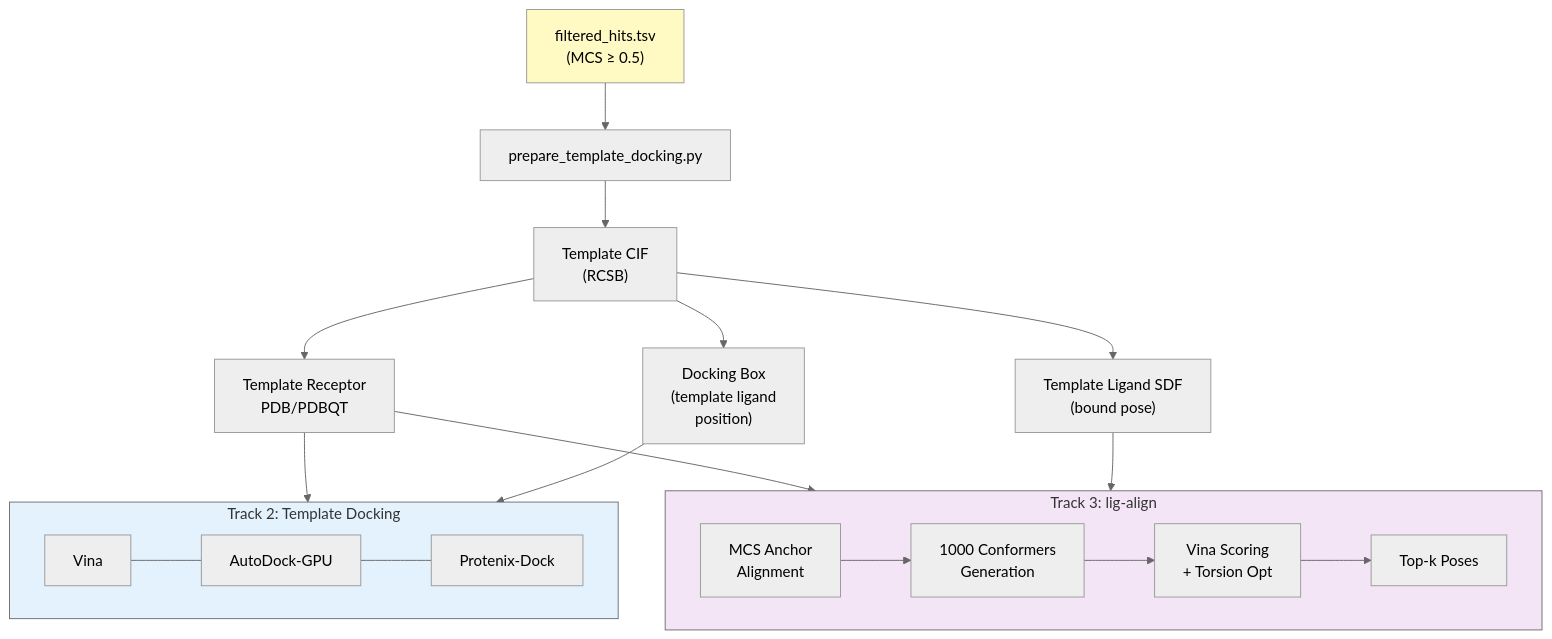
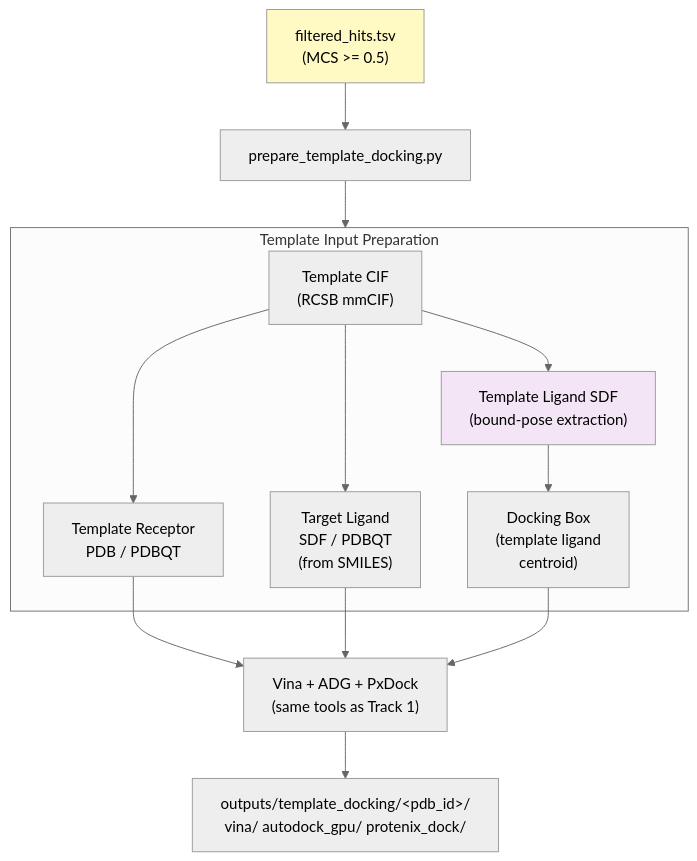
One commit to eightmm/mosaic-pl changed diagram 12 of 17 in docs/pipeline.md. Above: the diagram before and after it, drawn with Mermaid (neutral theme). The commit also changed other lines of this file and 4 other files, not shown here.

First line of the commit message:
docs: rewrite pipeline.md, rename Track 2 to template-based box docking

````diff
--- a/docs/pipeline.md
+++ b/docs/pipeline.md
@@ -208,27 +319,20 @@
 ```mermaid
 flowchart TB
-    HITS["filtered_hits.tsv\n(MCS ≥ 0.5)"] --> PREP["prepare_template_docking.py"]
+    HITS["filtered_hits.tsv\n(MCS >= 0.5)"] --> PREP["prepare_template_docking.py"]
 
-    PREP --> RCIF["Template CIF\n(RCSB)"]
-    RCIF --> RPDB["Template Receptor\nPDB/PDBQT"]
-    RCIF --> LSDF["Template Ligand SDF\n(bound pose)"]
-    RCIF --> BOX["Docking Box\n(template ligand\nposition)"]
-
-    subgraph TRACK2["Track 2: Template Docking"]
-        direction LR
-        TV["Vina"] --- TA["AutoDock-GPU"] --- TP["Protenix-Dock"]
+    subgraph TEMPLATE_PREP["Template Input Preparation"]
+        RCIF["Template CIF\n(RCSB mmCIF)"]
+        RCIF --> RPDB["Template Receptor\nPDB / PDBQT"]
+        RCIF --> TLIG["Template Ligand SDF\n(bound-pose extraction)"]
+        RCIF --> QLIG["Target Ligand\nSDF / PDBQT\n(from SMILES)"]
+        TLIG --> BOX["Docking Box\n(template ligand\ncentroid)"]
     end
 
-    subgraph TRACK3["Track 3: lig-align"]
-        direction LR
-        LA1["MCS Anchor\nAlignment"] --> LA2["1000 Conformers\nGeneration"] --> LA3["Vina Scoring\n+ Torsion Opt"]
-        LA3 --> LA4["Top-k Poses"]
-    end
+    PREP --> TEMPLATE_PREP
 
-    RPDB & BOX --> TRACK2
-    RPDB & LSDF --> TRACK3
+    RPDB & QLIG & BOX --> DOCK["Vina + ADG + PxDock\n(same tools as Track 1)"]
+    DOCK --> OUT["outputs/template_docking/&lt;pdb_id&gt;/\nvina/ autodock_gpu/ protenix_dock/"]
 
-    style TRACK2 fill:#e3f2fd
-    style TRACK3 fill:#f3e5f5
     style HITS fill:#fff9c4
+    style TLIG fill:#f3e5f5
 ```
````
